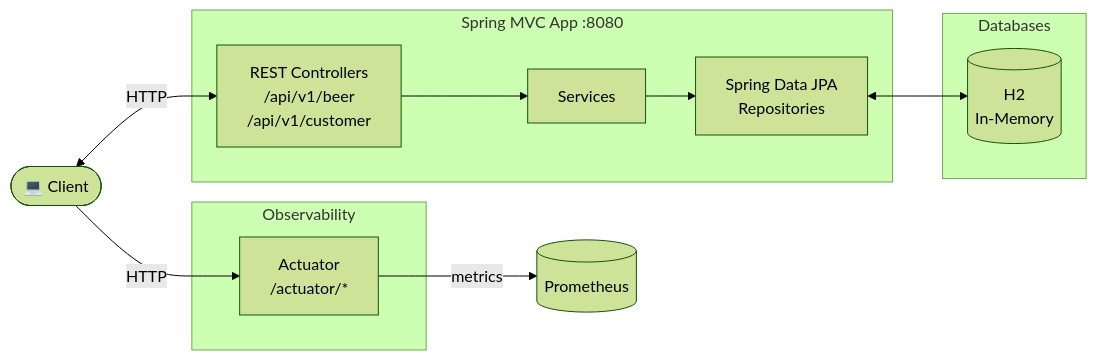
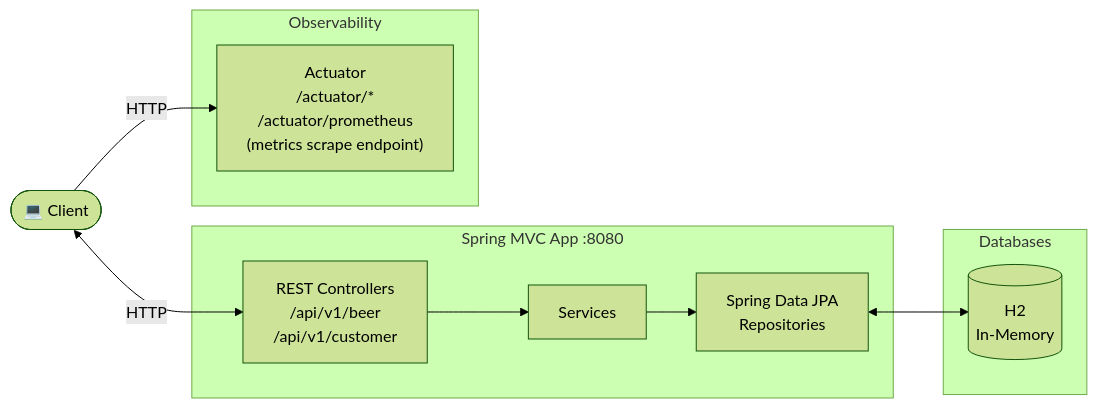
One commit to dboeckli/kbe-rest-brewery changed the diagram in README.md. Above: the diagram before and after it, drawn with Mermaid (forest theme). The commit also changed 13 other files, not shown here.

````diff
--- a/README.md
+++ b/README.md
@@ -12,25 +12,24 @@
 ```mermaid
 graph LR
     Client(["💻 Client"])
 
     subgraph App ["Spring MVC App :8080"]
         Controller["REST Controllers\n/api/v1/beer\n/api/v1/customer"]
         Service["Services"]
         Repository["Spring Data JPA\nRepositories"]
         Controller --> Service
         Service --> Repository
     end
 
     subgraph Databases ["Databases"]
         H2[("H2\nIn-Memory")]
     end
 
     subgraph Observability ["Observability"]
-        Actuator["Actuator\n/actuator/*"]
+        Actuator["Actuator\n/actuator/*\n/actuator/prometheus\n(metrics scrape endpoint)"]
     end
 
     Client <-->|"HTTP"| Controller
     Repository <--> H2
     Client -->|"HTTP"| Actuator
-    Actuator -->|"metrics"| Prometheus[("Prometheus")]
 ```
````
